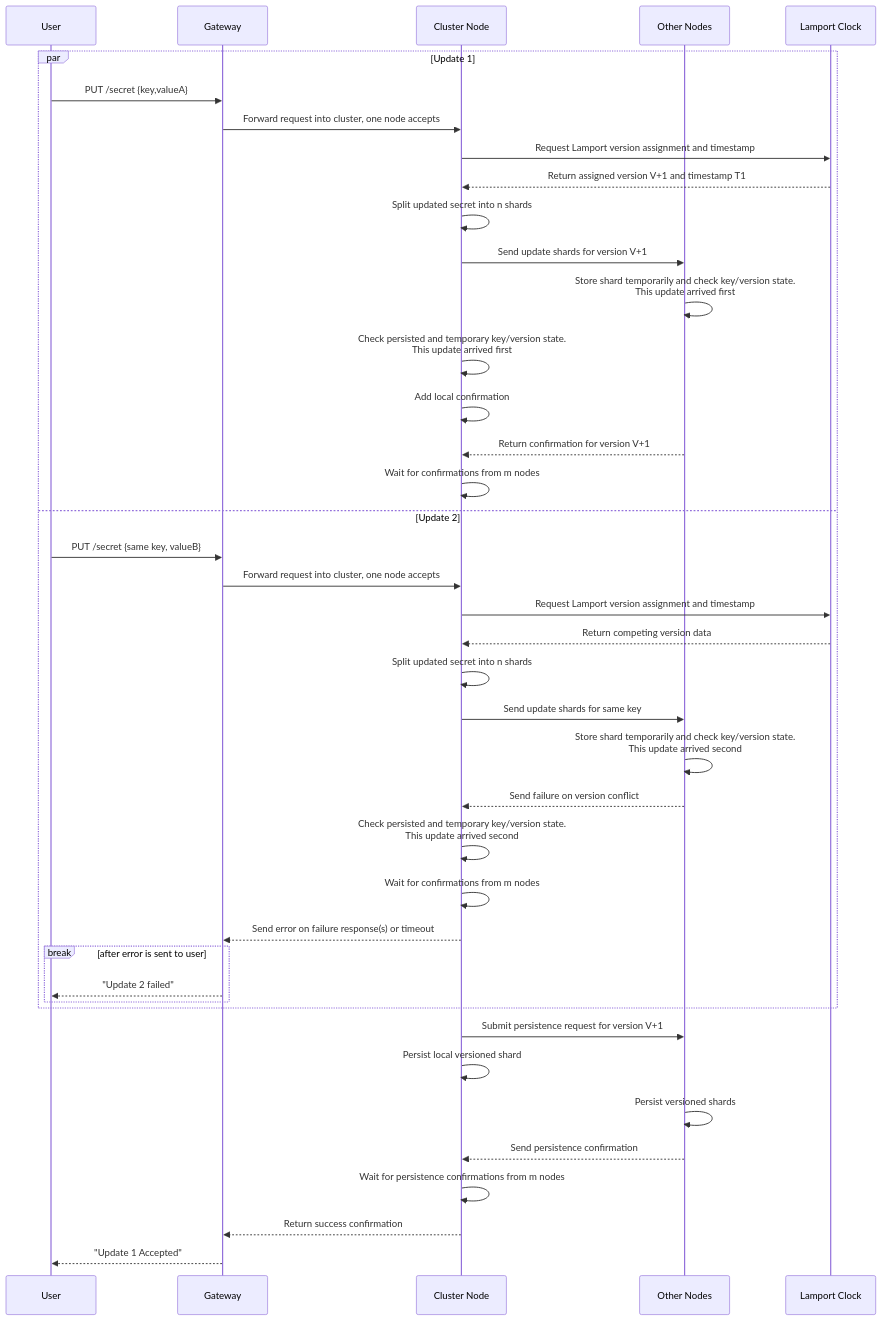
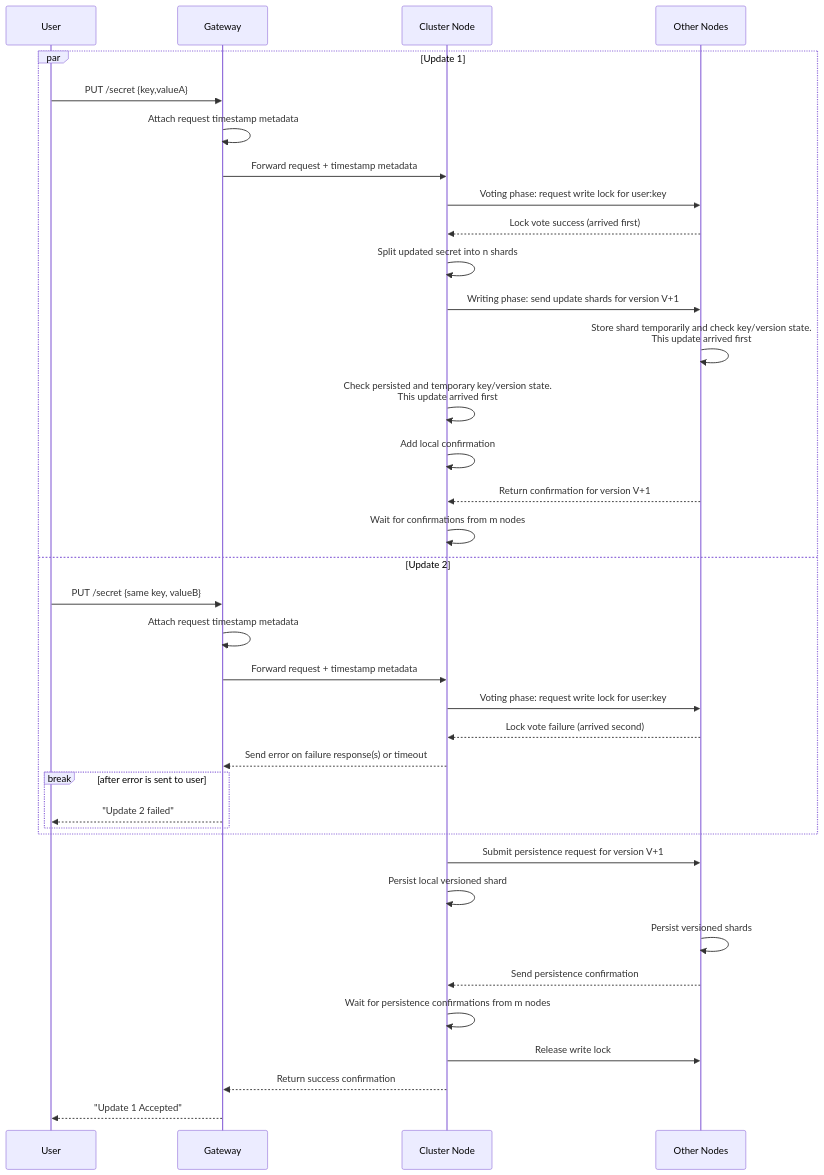
One commit to S26-Distributed-Capstone/DistributedSecretsVault changed the second of 2 diagrams in docs/crud/update.md. Above: the diagram before and after it, drawn with Mermaid. The commit also changed other lines of this file and 6 other files, not shown here.

````diff
--- a/docs/crud/update.md
+++ b/docs/crud/update.md
@@ -69,44 +70,39 @@
 ```mermaid
 sequenceDiagram
     participant User
     participant Gateway
     participant Node as Cluster Node
     participant Peers as Other Nodes
-    participant Clock as Lamport Clock
-
     par Update 1
       User->>Gateway: PUT /secret {key,valueA}
-      Gateway->>Node: Forward request into cluster, one node accepts
-      Node->>Clock: Request Lamport version assignment and timestamp
-      Clock-->>Node: Return assigned version V+1 and timestamp T1
+      Gateway->>Gateway: Attach request timestamp metadata
+      Gateway->>Node: Forward request + timestamp metadata
+      Node->>Peers: Voting phase: request write lock for user:key
+      Peers-->>Node: Lock vote success (arrived first)
       Node->>Node: Split updated secret into n shards
-      Node->>Peers: Send update shards for version V+1
+      Node->>Peers: Writing phase: send update shards for version V+1
       Peers->>Peers: Store shard temporarily and check key/version state.<br>This update arrived first
       Node->>Node: Check persisted and temporary key/version state.<br>This update arrived first
       Node->>Node: Add local confirmation
       Peers-->>Node: Return confirmation for version V+1
       Node->>Node: Wait for confirmations from m nodes
     and Update 2
       User->>Gateway: PUT /secret {same key, valueB}
-      Gateway->>Node: Forward request into cluster, one node accepts
-      Node->>Clock: Request Lamport version assignment and timestamp
-      Clock-->>Node: Return competing version data
-      Node->>Node: Split updated secret into n shards
-      Node->>Peers: Send update shards for same key
-      Peers->>Peers: Store shard temporarily and check key/version state.<br>This update arrived second
-      Peers-->>Node: Send failure on version conflict
-      Node->>Node: Check persisted and temporary key/version state.<br>This update arrived second
-      Node->>Node: Wait for confirmations from m nodes
+      Gateway->>Gateway: Attach request timestamp metadata
+      Gateway->>Node: Forward request + timestamp metadata
+      Node->>Peers: Voting phase: request write lock for user:key
+      Peers-->>Node: Lock vote failure (arrived second)
       Node-->>Gateway: Send error on failure response(s) or timeout
       break after error is sent to user
         Gateway-->>User: "Update 2 failed"
       end
     end
     Node->>Peers: Submit persistence request for version V+1
     Node->>Node: Persist local versioned shard
     Peers->>Peers: Persist versioned shards
     Peers-->>Node: Send persistence confirmation
     Node->>Node: Wait for persistence confirmations from m nodes
+    Node->>Peers: Release write lock
     Node-->>Gateway: Return success confirmation
     Gateway-->>User: "Update 1 Accepted"
 ```
````
